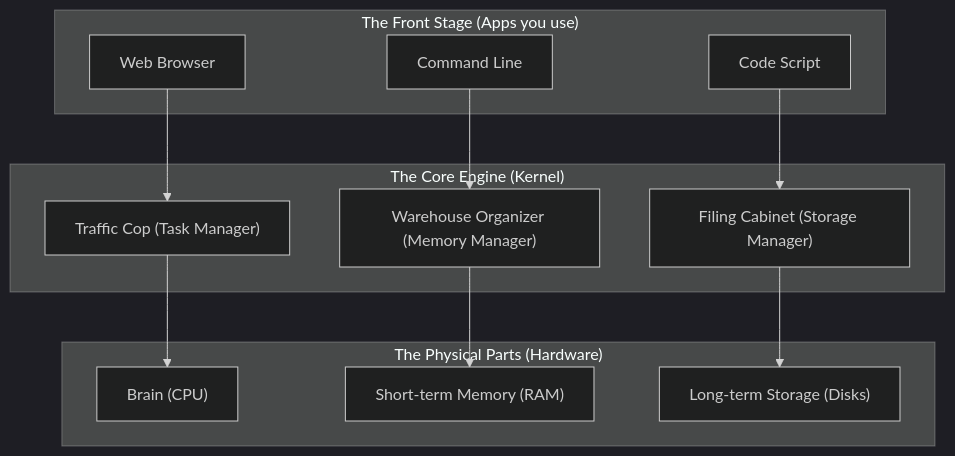
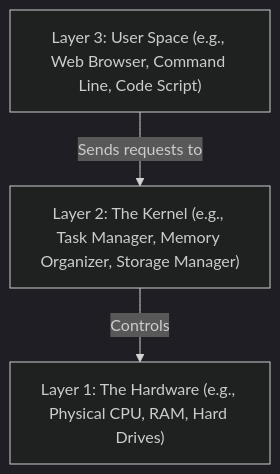
The diagram in website/pages/modules/module-01/lesson-01.md (aloysiuspattath/platform-engineering-ai-course), drawn with Mermaid (dark theme) before and after one commit. The commit also changed other lines of this file and 56 other files, not shown here.

Commit message:
refactor: simplify architecture diagrams into single-line layered models

````diff
--- a/website/pages/modules/module-01/lesson-01.md
+++ b/website/pages/modules/module-01/lesson-01.md
@@ -77,28 +77,5 @@
 ```mermaid
 flowchart TD
-    subgraph UserSpace ["The Front Stage (Apps you use)"]
-        App1["Web Browser"]
-        App2["Command Line"]
-        App3["Code Script"]
-    end
-
-    subgraph KernelSpace ["The Core Engine (Kernel)"]
-        K_Sched["Traffic Cop (Task Manager)"]
-        K_Mem["Warehouse Organizer (Memory Manager)"]
-        K_VFS["Filing Cabinet (Storage Manager)"]
-    end
-
-    subgraph Hardware ["The Physical Parts (Hardware)"]
-        HW_CPU["Brain (CPU)"]
-        HW_RAM["Short-term Memory (RAM)"]
-        HW_DISK["Long-term Storage (Disks)"]
-    end
-
-    App1 --> K_Sched
-    App2 --> K_Mem
-    App3 --> K_VFS
-
-    K_Sched --> HW_CPU
-    K_Mem --> HW_RAM
-    K_VFS --> HW_DISK
+    L3["Layer 3: User Space (e.g., Web Browser, Command Line, Code Script)"] -->|Sends requests to| L2["Layer 2: The Kernel (e.g., Task Manager, Memory Organizer, Storage Manager)"]
+    L2 -->|Controls| L1["Layer 1: The Hardware (e.g., Physical CPU, RAM, Hard Drives)"]
 ```
````
